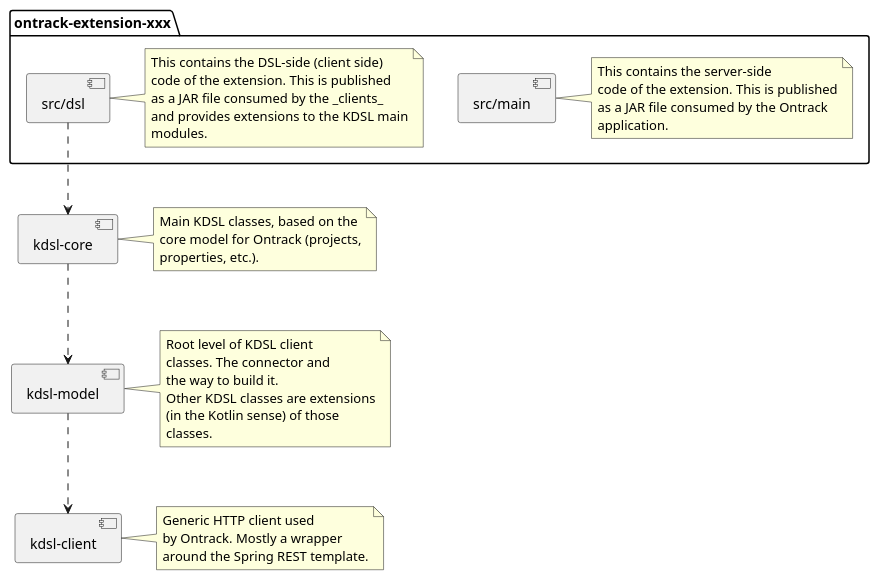
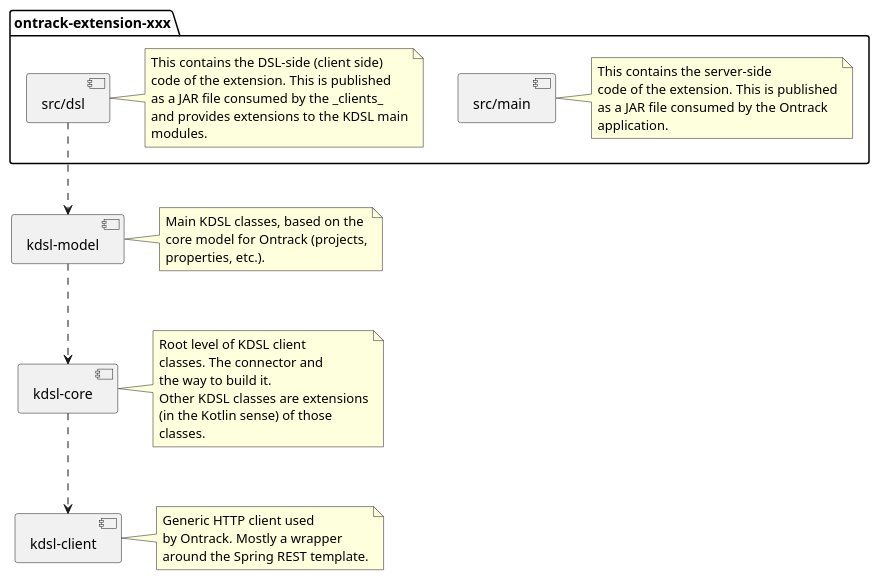
Before and after one commit to ReginaBabo/ontrack: the diagram in ontrack-docs/src/docs/asciidoc/architecture-kdsl.puml, drawn with PlantUML. The commit also changed 4 other files, not shown here.

Commit message:
[kdsl] Kotlin DSL modules

```diff
--- a/ontrack-docs/src/docs/asciidoc/architecture-kdsl.puml
+++ b/ontrack-docs/src/docs/asciidoc/architecture-kdsl.puml
@@ -1,59 +1,59 @@
 @startuml
 
-component "kdsl-client" as Client
+component "kdsl-client" as KDSLClient
 
-note right of Client
+note right of KDSLClient
     Generic HTTP client used
     by Ontrack. Mostly a wrapper
     around the Spring REST template.
 end note
 
-component "kdsl-model" as KDSLClient
+component "kdsl-core" as KDSLCore
 
-KDSLClient ..> Client
+KDSLCore ..> KDSLClient
 
-note right of KDSLClient
+note right of KDSLCore
     Root level of KDSL client
     classes. The connector and
     the way to build it.
     Other KDSL classes are extensions
     (in the Kotlin sense) of those
     classes.
 end note
 
-component "kdsl-core" as KDSLCore
+component "kdsl-model" as KDSLModel
 
-KDSLCore ..> KDSLClient
+KDSLModel ..> KDSLCore
 
-note right of KDSLCore
+note right of KDSLModel
     Main KDSL classes, based on the
     core model for Ontrack (projects,
     properties, etc.).
 end note
 
 package "ontrack-extension-xxx" {
 
     component "src/main" as ExtensionJAR
 
     note right of ExtensionJAR
         This contains the server-side
         code of the extension. This is published
         as a JAR file consumed by the Ontrack
         application.
     end note
 
     component "src/dsl" as ExtensionDSL
 
-    ExtensionDSL ..> KDSLCore
+    ExtensionDSL ..> KDSLModel
 
     note right of ExtensionDSL
         This contains the DSL-side (client side)
         code of the extension. This is published
         as a JAR file consumed by the _clients_
         and provides extensions to the KDSL main
         modules.
     end note
 
 }
 
 @enduml
```
